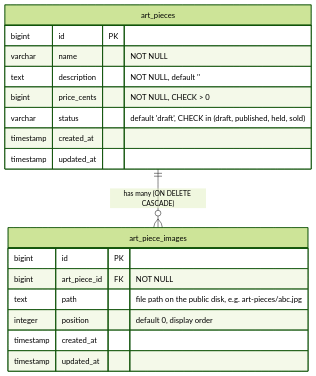
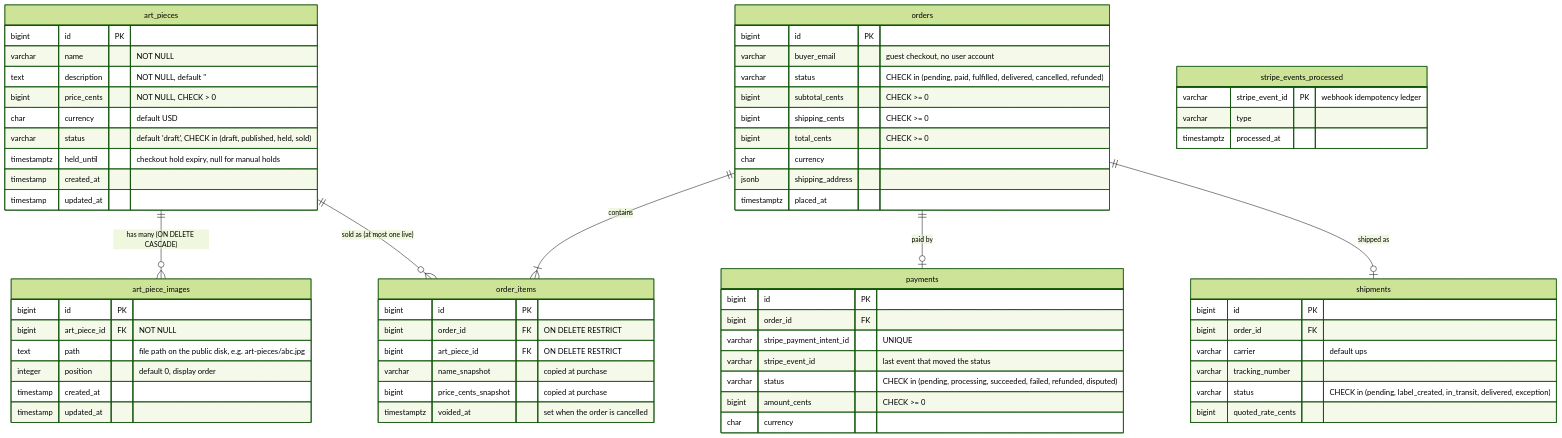
One commit to matthewMadore/tucker-collection changed the first of 3 diagrams in docs/project/schema.md. Above: the diagram before and after it, drawn with Mermaid (forest theme). The commit also changed other lines of this file and 17 other files, not shown here.

First line of the commit message:
Add checkout schema: orders, payments, shipments

````diff
--- a/docs/project/schema.md
+++ b/docs/project/schema.md
@@ -8,23 +8,75 @@
 ```mermaid
 erDiagram
     art_pieces ||--o{ art_piece_images : "has many (ON DELETE CASCADE)"
+    art_pieces ||--o{ order_items : "sold as (at most one live)"
+    orders ||--|{ order_items : "contains"
+    orders ||--o| payments : "paid by"
+    orders ||--o| shipments : "shipped as"
 
     art_pieces {
         bigint id PK
         varchar name "NOT NULL"
         text description "NOT NULL, default ''"
         bigint price_cents "NOT NULL, CHECK > 0"
+        char currency "default USD"
         varchar status "default 'draft', CHECK in (draft, published, held, sold)"
+        timestamptz held_until "checkout hold expiry, null for manual holds"
         timestamp created_at
         timestamp updated_at
     }
 
     art_piece_images {
         bigint id PK
         bigint art_piece_id FK "NOT NULL"
         text path "file path on the public disk, e.g. art-pieces/abc.jpg"
         integer position "default 0, display order"
         timestamp created_at
         timestamp updated_at
     }
+
+    orders {
+        bigint id PK
+        varchar buyer_email "guest checkout, no user account"
+        varchar status "CHECK in (pending, paid, fulfilled, delivered, cancelled, refunded)"
+        bigint subtotal_cents "CHECK >= 0"
+        bigint shipping_cents "CHECK >= 0"
+        bigint total_cents "CHECK >= 0"
+        char currency
+        jsonb shipping_address
+        timestamptz placed_at
+    }
+
+    order_items {
+        bigint id PK
+        bigint order_id FK "ON DELETE RESTRICT"
+        bigint art_piece_id FK "ON DELETE RESTRICT"
+        varchar name_snapshot "copied at purchase"
+        bigint price_cents_snapshot "copied at purchase"
+        timestamptz voided_at "set when the order is cancelled"
+    }
+
+    payments {
+        bigint id PK
+        bigint order_id FK
+        varchar stripe_payment_intent_id "UNIQUE"
+        varchar stripe_event_id "last event that moved the status"
+        varchar status "CHECK in (pending, processing, succeeded, failed, refunded, disputed)"
+        bigint amount_cents "CHECK >= 0"
+        char currency
+    }
+
+    shipments {
+        bigint id PK
+        bigint order_id FK
+        varchar carrier "default ups"
+        varchar tracking_number
+        varchar status "CHECK in (pending, label_created, in_transit, delivered, exception)"
+        bigint quoted_rate_cents
+    }
+
+    stripe_events_processed {
+        varchar stripe_event_id PK "webhook idempotency ledger"
+        varchar type
+        timestamptz processed_at
+    }
 ```
````
